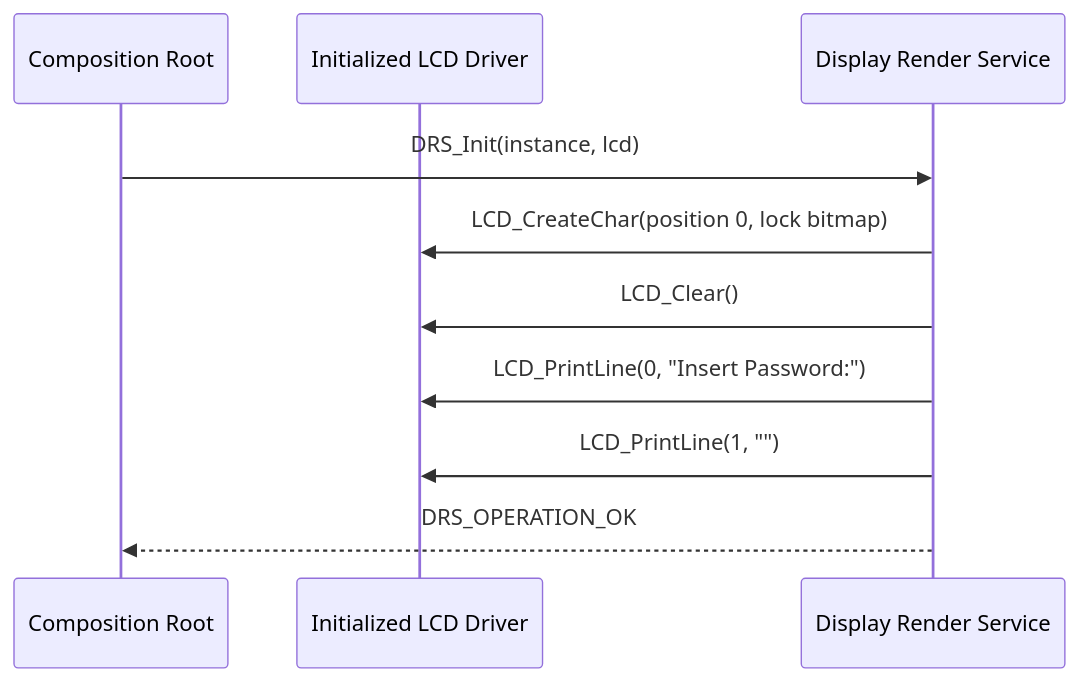
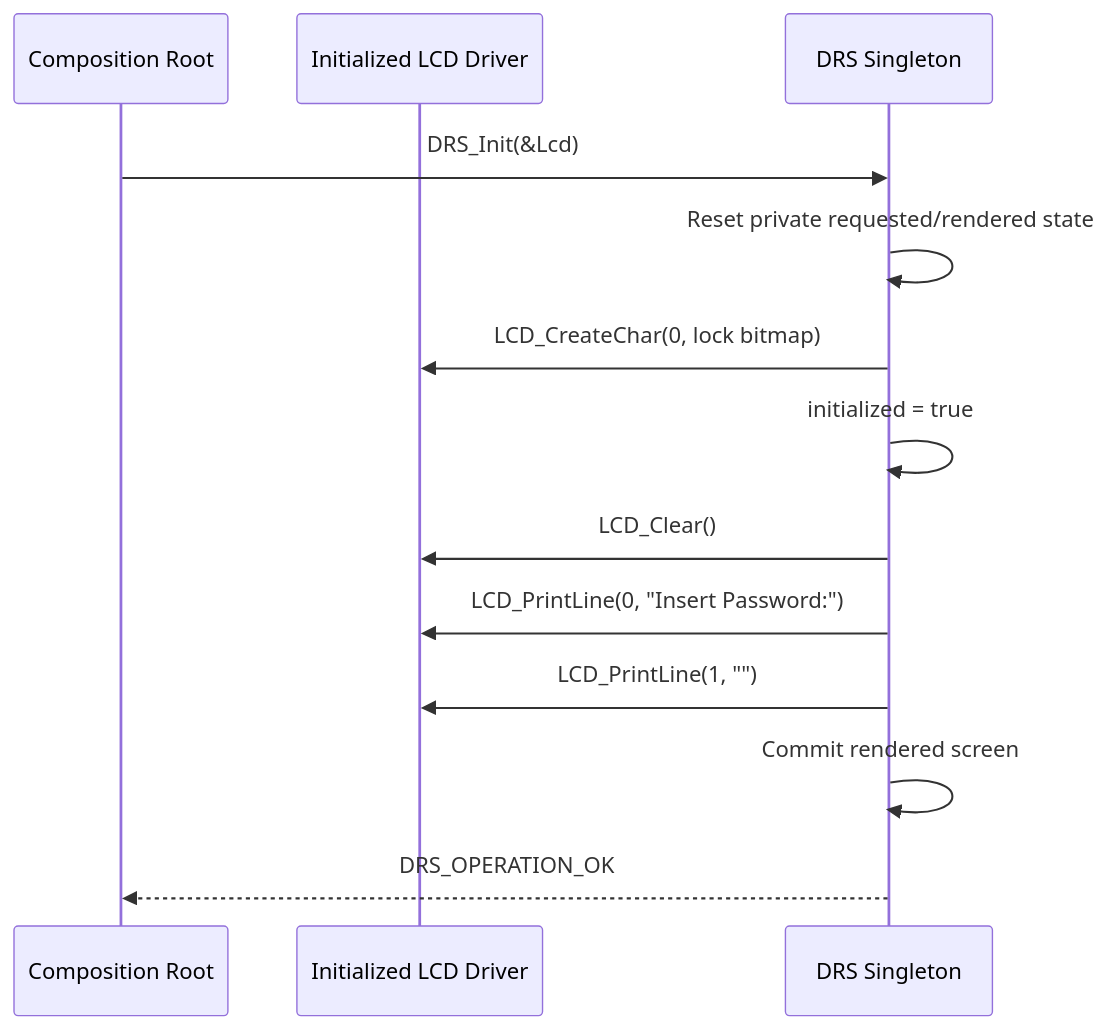
The third of 4 diagrams in Libs/Services/Display_Render/README.md (JP-REY/STM32F103C8T6-Based-Electronic-Lock), drawn with Mermaid before and after one commit. The commit also changed other lines of this file and 2 other files, not shown here.

First line of the commit message:
refactor(display-render): encapsulate service as singleton

````diff
--- a/Libs/Services/Display_Render/README.md
+++ b/Libs/Services/Display_Render/README.md
@@ -569,13 +639,16 @@
 ```mermaid
 sequenceDiagram
-    participant APP as Composition Root
+    participant ROOT as Composition Root
     participant LCD as Initialized LCD Driver
-    participant DRS as Display Render Service
+    participant DRS as DRS Singleton
 
-    APP->>DRS: DRS_Init(instance, lcd)
-    DRS->>LCD: LCD_CreateChar(position 0, lock bitmap)
+    ROOT->>DRS: DRS_Init(&Lcd)
+    DRS->>DRS: Reset private requested/rendered state
+    DRS->>LCD: LCD_CreateChar(0, lock bitmap)
+    DRS->>DRS: initialized = true
     DRS->>LCD: LCD_Clear()
     DRS->>LCD: LCD_PrintLine(0, "Insert Password:")
     DRS->>LCD: LCD_PrintLine(1, "")
-    DRS-->>APP: DRS_OPERATION_OK
+    DRS->>DRS: Commit rendered screen
+    DRS-->>ROOT: DRS_OPERATION_OK
 ```
````
